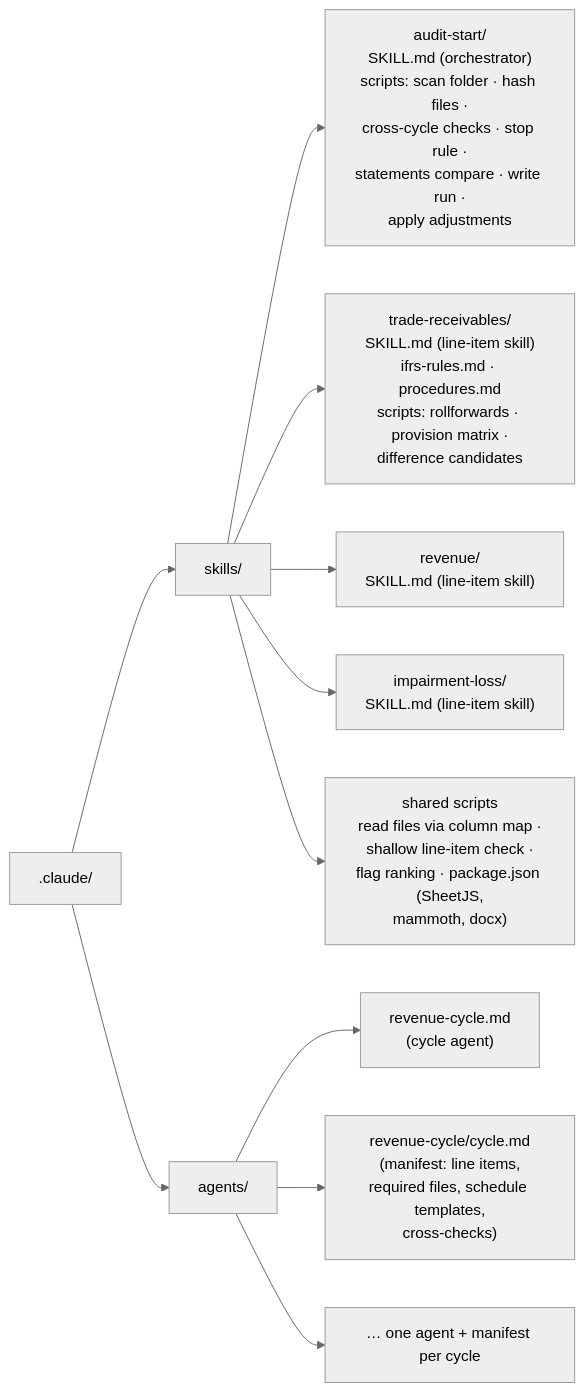
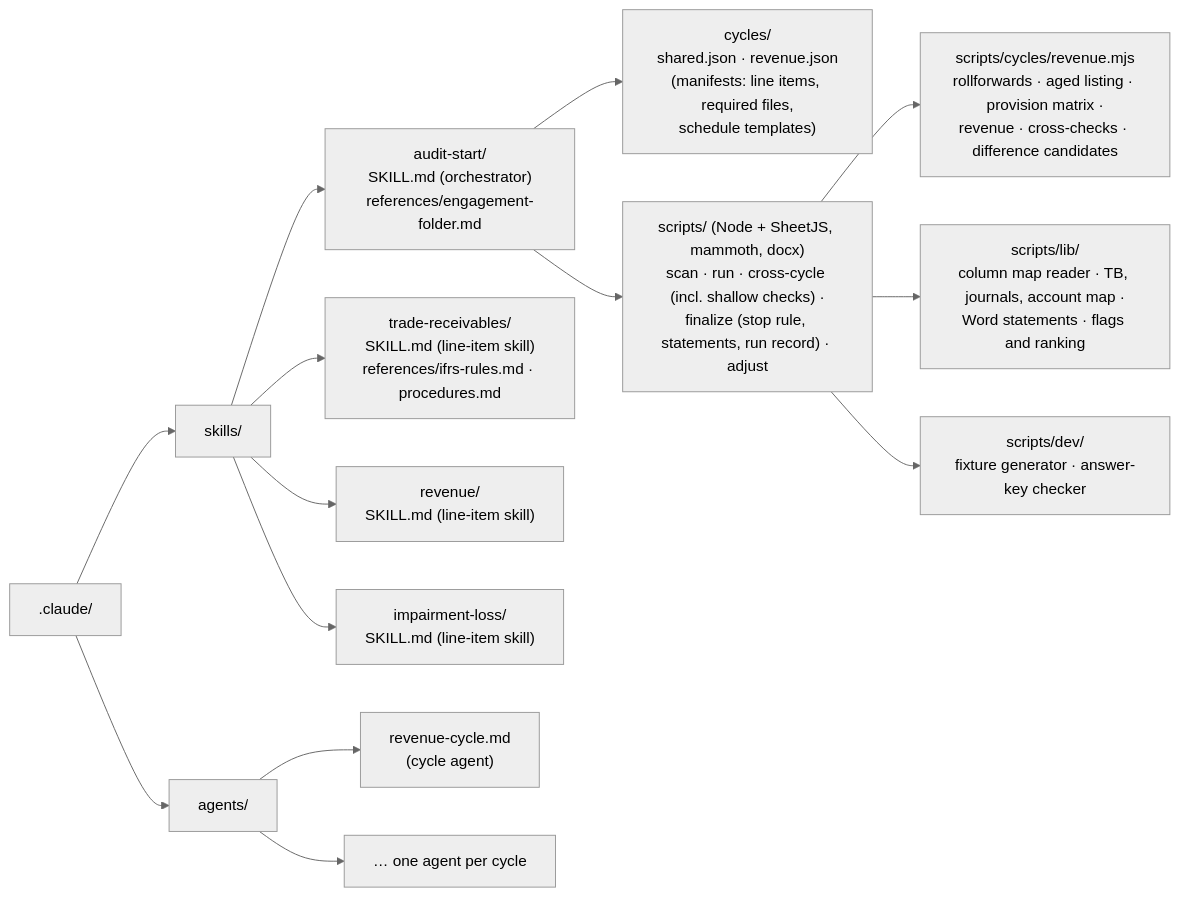
The second of 5 diagrams in docs/skills-harness-diagrams.md (chentejung/mpcs_design_build_ship_project), drawn with Mermaid (neutral theme) before and after one commit. The commit also changed other lines of this file and 28 other files, not shown here.

First line of the commit message:
Build the audit-start skills for the revenue cycle

````diff
--- a/docs/skills-harness-diagrams.md
+++ b/docs/skills-harness-diagrams.md
@@ -70,17 +70,20 @@
 ```mermaid
 flowchart LR
     CL[".claude/"]
 
     CL --> SK["skills/"]
     CL --> AG["agents/"]
 
-    SK --> AS["audit-start/<br/>SKILL.md (orchestrator)<br/>scripts: scan folder · hash files ·<br/>cross-cycle checks · stop rule ·<br/>statements compare · write run ·<br/>apply adjustments"]
-    SK --> TR["trade-receivables/<br/>SKILL.md (line-item skill)<br/>ifrs-rules.md · procedures.md<br/>scripts: rollforwards · provision matrix ·<br/>difference candidates"]
+    SK --> AS["audit-start/<br/>SKILL.md (orchestrator)<br/>references/engagement-folder.md"]
+    AS --> CY["cycles/<br/>shared.json · revenue.json<br/>(manifests: line items, required files,<br/>schedule templates)"]
+    AS --> SC["scripts/ (Node + SheetJS, mammoth, docx)<br/>scan · run · cross-cycle (incl. shallow checks) ·<br/>finalize (stop rule, statements, run record) · adjust"]
+    SC --> SCC["scripts/cycles/revenue.mjs<br/>rollforwards · aged listing · provision matrix ·<br/>revenue · cross-checks · difference candidates"]
+    SC --> LIB["scripts/lib/<br/>column map reader · TB, journals, account map ·<br/>Word statements · flags and ranking"]
+    SC --> DEV["scripts/dev/<br/>fixture generator · answer-key checker"]
+    SK --> TR["trade-receivables/<br/>SKILL.md (line-item skill)<br/>references/ifrs-rules.md · procedures.md"]
     SK --> RS["revenue/<br/>SKILL.md (line-item skill)"]
     SK --> IS["impairment-loss/<br/>SKILL.md (line-item skill)"]
-    SK --> SHL["shared scripts<br/>read files via column map ·<br/>shallow line-item check ·<br/>flag ranking · package.json (SheetJS,<br/>mammoth, docx)"]
 
     AG --> RCA["revenue-cycle.md<br/>(cycle agent)"]
-    AG --> RCM["revenue-cycle/cycle.md<br/>(manifest: line items,<br/>required files, schedule templates,<br/>cross-checks)"]
-    AG --> MORE["… one agent + manifest per cycle"]
+    AG --> MORE["… one agent per cycle"]
 ```
````
